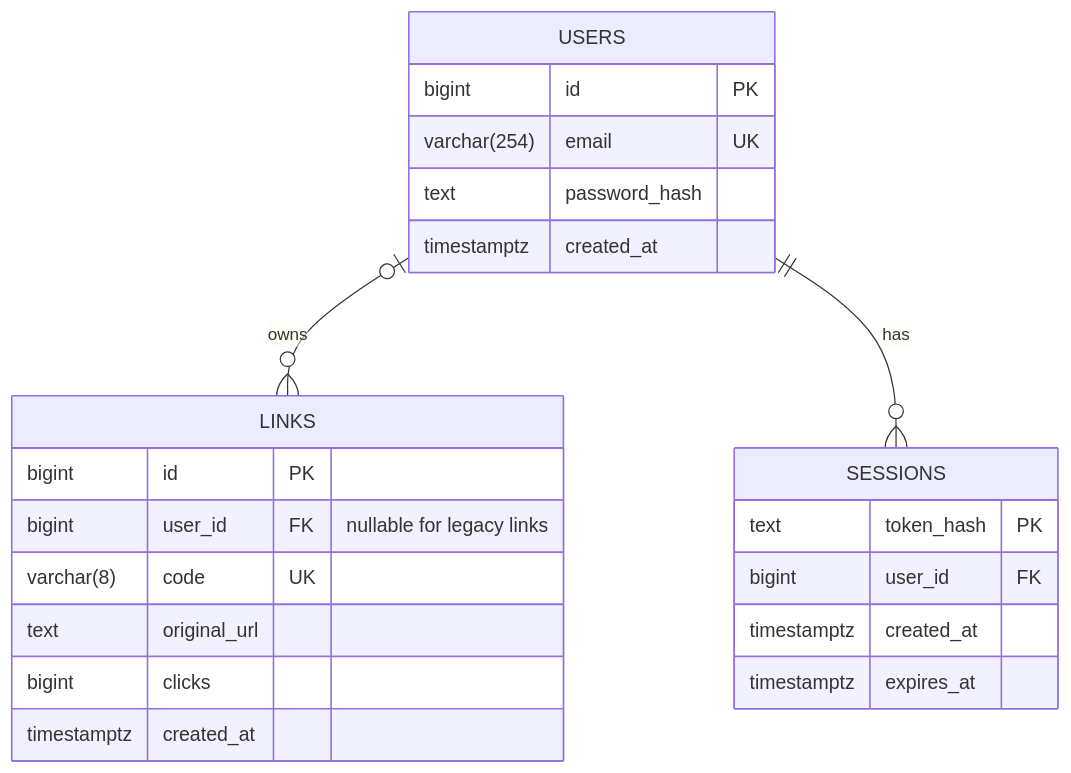
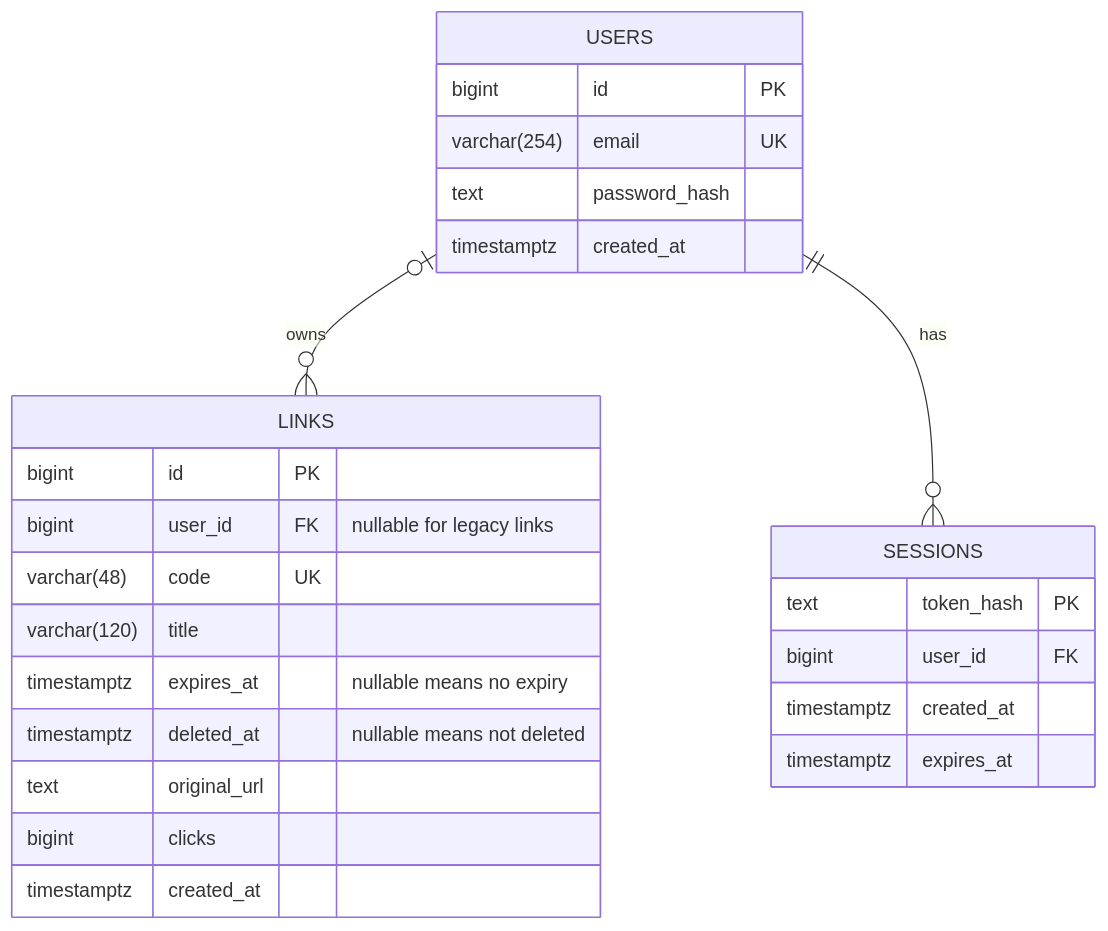
One commit to Nawaphon05/Short-Url changed the diagram in docs/ER.md. Above: the diagram before and after it, drawn with Mermaid. The commit also changed other lines of this file and 21 other files, not shown here.

````diff
--- a/docs/ER.md
+++ b/docs/ER.md
@@ -7,26 +7,29 @@
 ```mermaid
 erDiagram
     USERS |o--o{ LINKS : owns
     USERS ||--o{ SESSIONS : has
 
     USERS {
         bigint id PK
         varchar(254) email UK
         text password_hash
         timestamptz created_at
     }
     LINKS {
         bigint id PK
         bigint user_id FK "nullable for legacy links"
-        varchar(8) code UK
+        varchar(48) code UK
+        varchar(120) title
+        timestamptz expires_at "nullable means no expiry"
+        timestamptz deleted_at "nullable means not deleted"
         text original_url
         bigint clicks
         timestamptz created_at
     }
     SESSIONS {
         text token_hash PK
         bigint user_id FK
         timestamptz created_at
         timestamptz expires_at
     }
 ```
````
